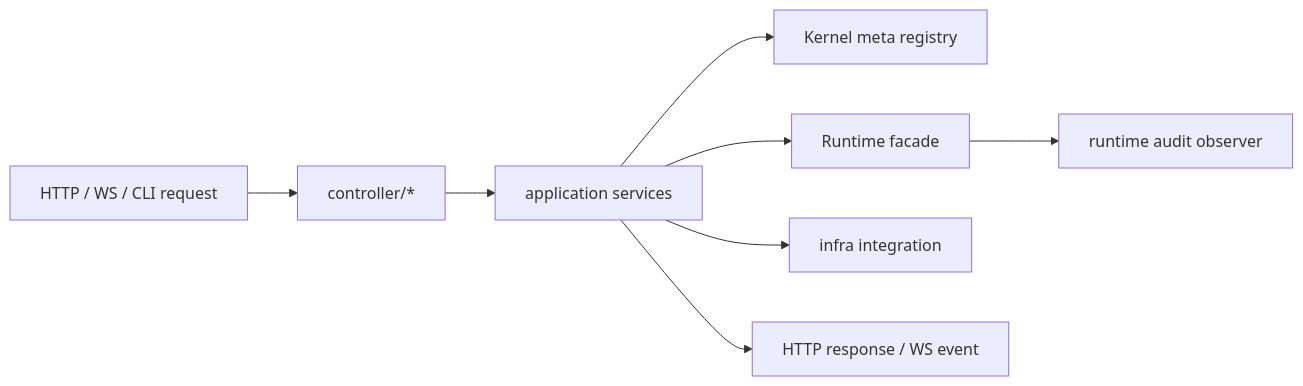
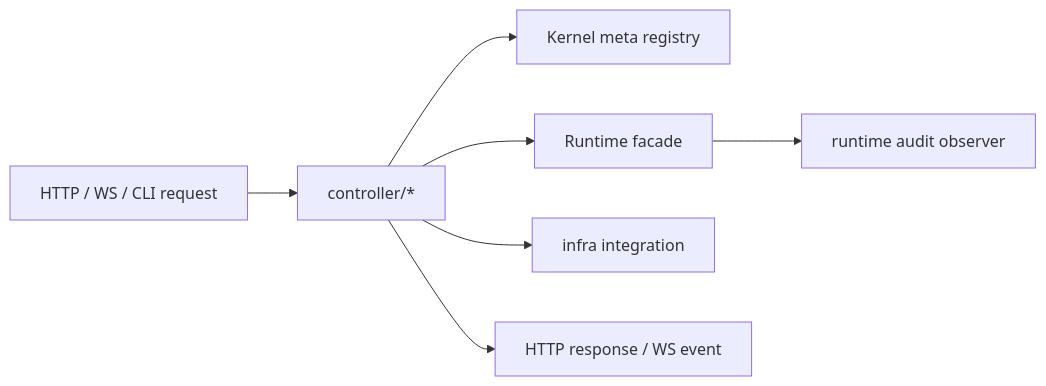
The diagram in packages/bff/README.md (zhongmiao-org/meta-lc-platform), drawn with Mermaid before and after one commit. The commit also changed other lines of this file and 83 other files, not shown here.

Commit message:
refactor(architecture): finalize runtime gateway boundaries (#118)

````diff
--- a/packages/bff/README.md
+++ b/packages/bff/README.md
@@ -91,10 +78,9 @@
 ```mermaid
 flowchart LR
   Http["HTTP / WS / CLI request"] --> Entry["controller/*"]
-  Entry --> App["application services"]
-  App --> Kernel["Kernel meta registry"]
-  App --> Runtime["Runtime facade"]
-  App --> Infra["infra integration"]
+  Entry --> Kernel["Kernel meta registry"]
+  Entry --> Runtime["Runtime facade"]
+  Entry --> Infra["infra integration"]
   Runtime --> Audit["runtime audit observer"]
-  App --> Response["HTTP response / WS event"]
+  Entry --> Response["HTTP response / WS event"]
 ```
````
